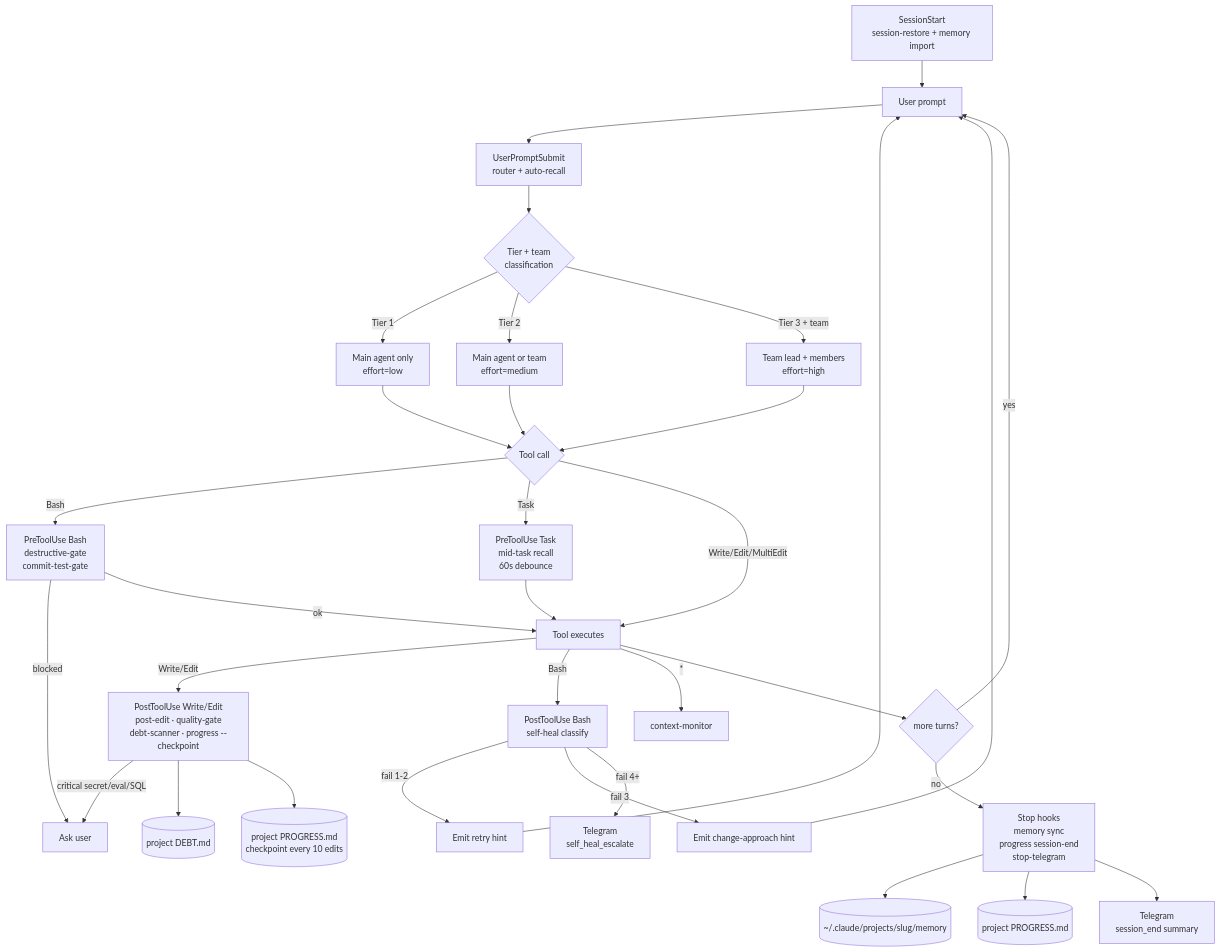
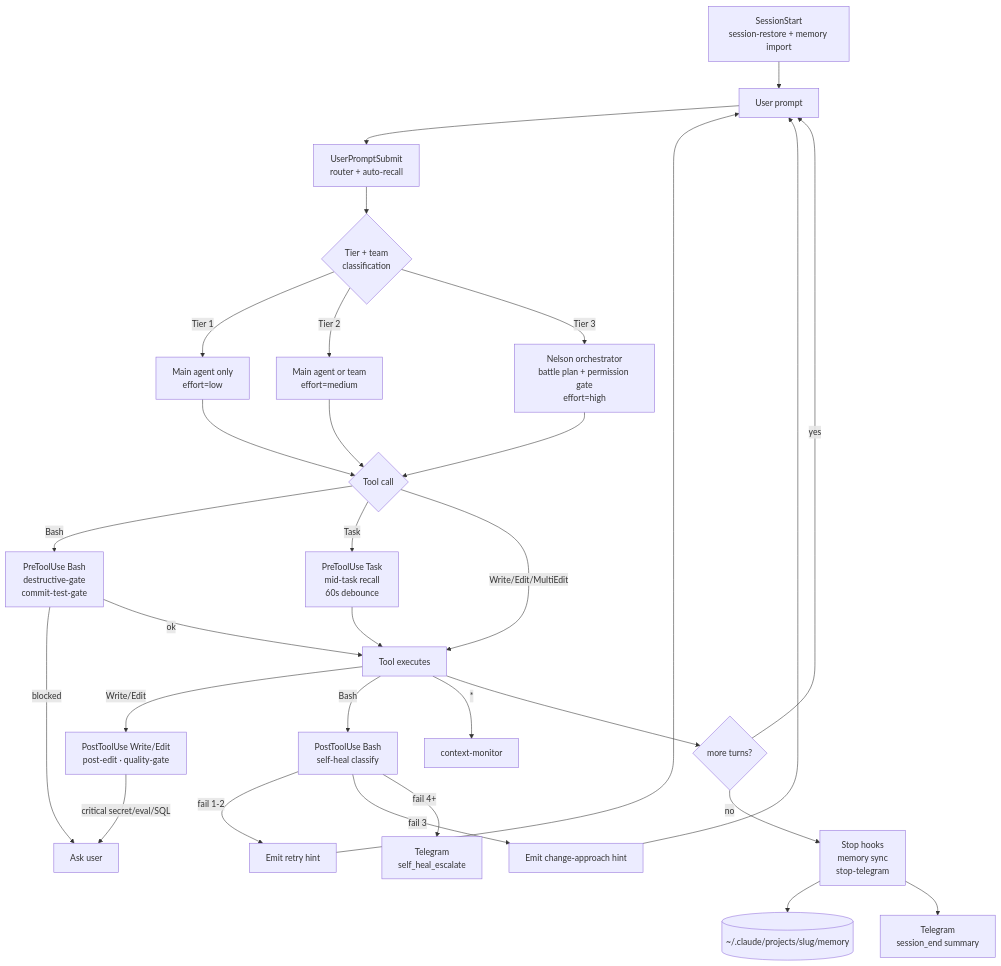
The diagram in README.md (uasyraf/claude-setup), drawn with Mermaid before and after one commit. The commit also changed other lines of this file, not shown here.

First line of the commit message:
Sync README with current architecture

````diff
--- a/README.md
+++ b/README.md
@@ -53,45 +50,42 @@
 ```mermaid
 flowchart TD
     SS[SessionStart<br/>session-restore + memory import] --> U[User prompt]
     U --> UPS[UserPromptSubmit<br/>router + auto-recall]
     UPS --> R{Tier + team<br/>classification}
 
     R -->|Tier 1| T1[Main agent only<br/>effort=low]
     R -->|Tier 2| T2[Main agent or team<br/>effort=medium]
-    R -->|Tier 3 + team| T3[Team lead + members<br/>effort=high]
+    R -->|Tier 3| T3[Nelson orchestrator<br/>battle plan + permission gate<br/>effort=high]
 
     T1 --> TOOL{Tool call}
     T2 --> TOOL
     T3 --> TOOL
 
     TOOL -->|Bash| PB[PreToolUse Bash<br/>destructive-gate<br/>commit-test-gate]
     TOOL -->|Task| PT[PreToolUse Task<br/>mid-task recall<br/>60s debounce]
     TOOL -->|Write/Edit/MultiEdit| EXEC[Tool executes]
 
     PB -->|blocked| ESC[Ask user]
     PB -->|ok| EXEC
     PT --> EXEC
 
-    EXEC -->|Write/Edit| POSTE[PostToolUse Write/Edit<br/>post-edit · quality-gate<br/>debt-scanner · progress --checkpoint]
+    EXEC -->|Write/Edit| POSTE[PostToolUse Write/Edit<br/>post-edit · quality-gate]
     EXEC -->|Bash| POSTB[PostToolUse Bash<br/>self-heal classify]
     EXEC -->|*| CTX[context-monitor]
 
     POSTE -->|critical secret/eval/SQL| ESC
-    POSTE --> DEBT[(project DEBT.md)]
-    POSTE --> PROGC[(project PROGRESS.md<br/>checkpoint every 10 edits)]
 
     POSTB -->|fail 1-2| RETRY[Emit retry hint]
     POSTB -->|fail 3| ADAPT[Emit change-approach hint]
     POSTB -->|fail 4+| TGE[Telegram<br/>self_heal_escalate]
 
     RETRY --> U
     ADAPT --> U
 
     EXEC --> DONE{more turns?}
     DONE -->|yes| U
-    DONE -->|no| STOP[Stop hooks<br/>memory sync<br/>progress session-end<br/>stop-telegram]
+    DONE -->|no| STOP[Stop hooks<br/>memory sync<br/>stop-telegram]
 
     STOP --> MEM[(~/.claude/projects/slug/memory)]
-    STOP --> PROGE[(project PROGRESS.md)]
     STOP --> TGS[Telegram<br/>session_end summary]
 ```
````
